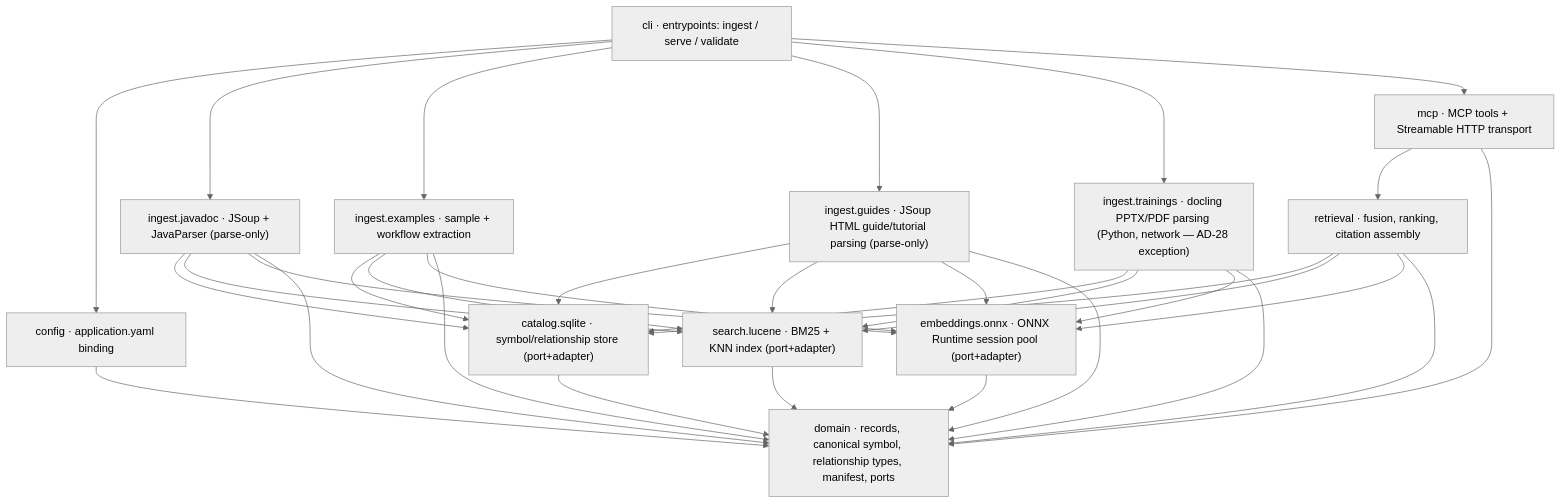
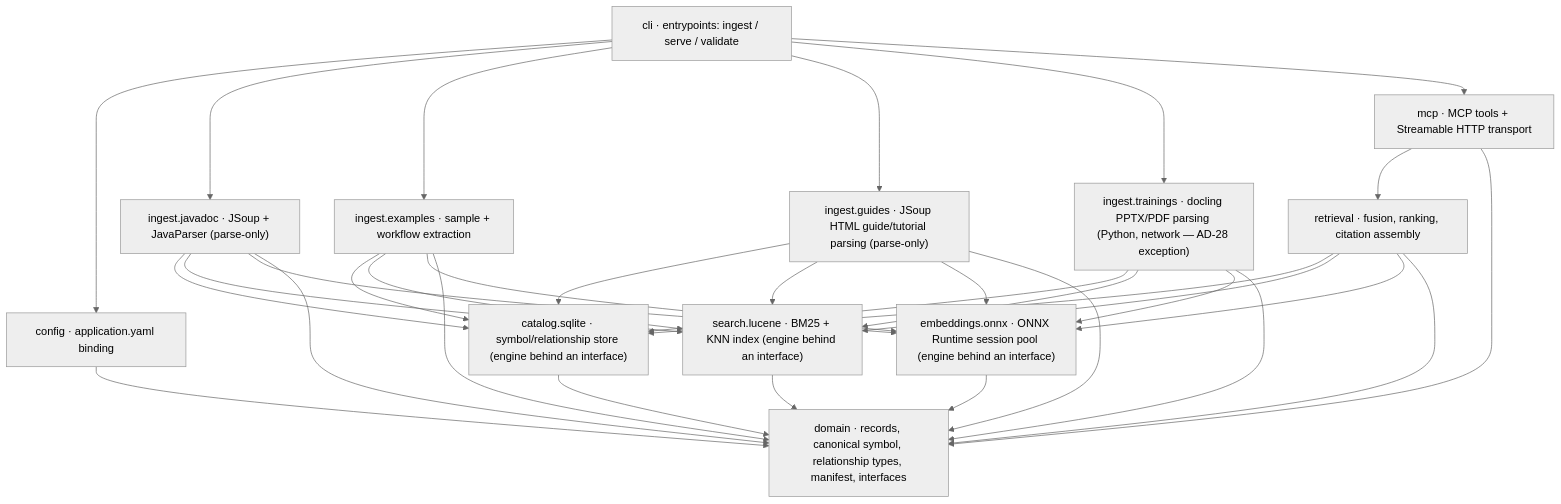
Before and after one commit to egamix/llsp-mcp: the first of 3 diagrams in _bmad-output/planning-artifacts/architecture/architecture-luciad-mcp-2026-08-20/ARCHITECTURE-SPINE.md, drawn with Mermaid (neutral theme). The commit also changed other lines of this file and 7 other files, not shown here.

````diff
--- a/_bmad-output/planning-artifacts/architecture/architecture-luciad-mcp-2026-08-20/ARCHITECTURE-SPINE.md
+++ b/_bmad-output/planning-artifacts/architecture/architecture-luciad-mcp-2026-08-20/ARCHITECTURE-SPINE.md
@@ -29,48 +29,48 @@
 ```mermaid
 graph TD
   cli["cli · entrypoints: ingest / serve / validate"]
   mcp["mcp · MCP tools + Streamable HTTP transport"]
   retrieval["retrieval · fusion, ranking, citation assembly"]
   ingestJavadoc["ingest.javadoc · JSoup + JavaParser (parse-only)"]
   ingestExamples["ingest.examples · sample + workflow extraction"]
   ingestGuides["ingest.guides · JSoup HTML guide/tutorial parsing (parse-only)"]
   ingestTrainings["ingest.trainings · docling PPTX/PDF parsing (Python, network — AD-28 exception)"]
-  catalog["catalog.sqlite · symbol/relationship store (port+adapter)"]
-  search["search.lucene · BM25 + KNN index (port+adapter)"]
-  embeddings["embeddings.onnx · ONNX Runtime session pool (port+adapter)"]
+  catalog["catalog.sqlite · symbol/relationship store (engine behind an interface)"]
+  search["search.lucene · BM25 + KNN index (engine behind an interface)"]
+  embeddings["embeddings.onnx · ONNX Runtime session pool (engine behind an interface)"]
   config["config · application.yaml binding"]
-  domain["domain · records, canonical symbol, relationship types, manifest, ports"]
+  domain["domain · records, canonical symbol, relationship types, manifest, interfaces"]
 
   cli --> config
   cli --> ingestJavadoc
   cli --> ingestExamples
   cli --> ingestGuides
   cli --> ingestTrainings
   cli --> mcp
   mcp --> retrieval
   retrieval --> catalog
   retrieval --> search
   retrieval --> embeddings
   ingestJavadoc --> catalog
   ingestJavadoc --> search
   ingestExamples --> catalog
   ingestExamples --> search
   ingestGuides --> catalog
   ingestGuides --> search
   ingestTrainings --> catalog
   ingestTrainings --> search
   ingestJavadoc --> embeddings
   ingestExamples --> embeddings
   ingestGuides --> embeddings
   ingestTrainings --> embeddings
   catalog --> domain
   search --> domain
   embeddings --> domain
   retrieval --> domain
   ingestJavadoc --> domain
   ingestExamples --> domain
   ingestGuides --> domain
   ingestTrainings --> domain
   mcp --> domain
   config --> domain
 ```
````
